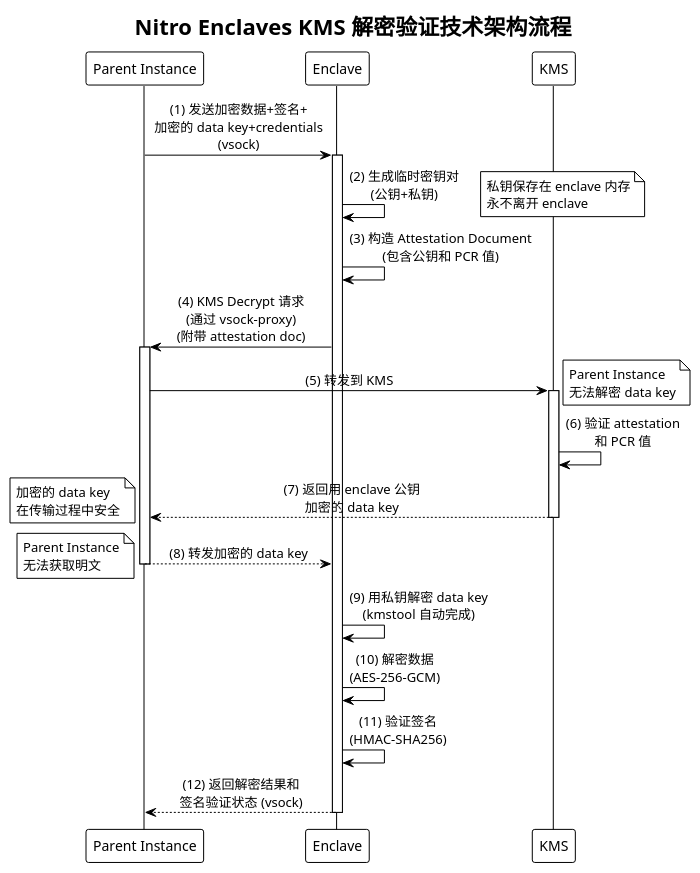
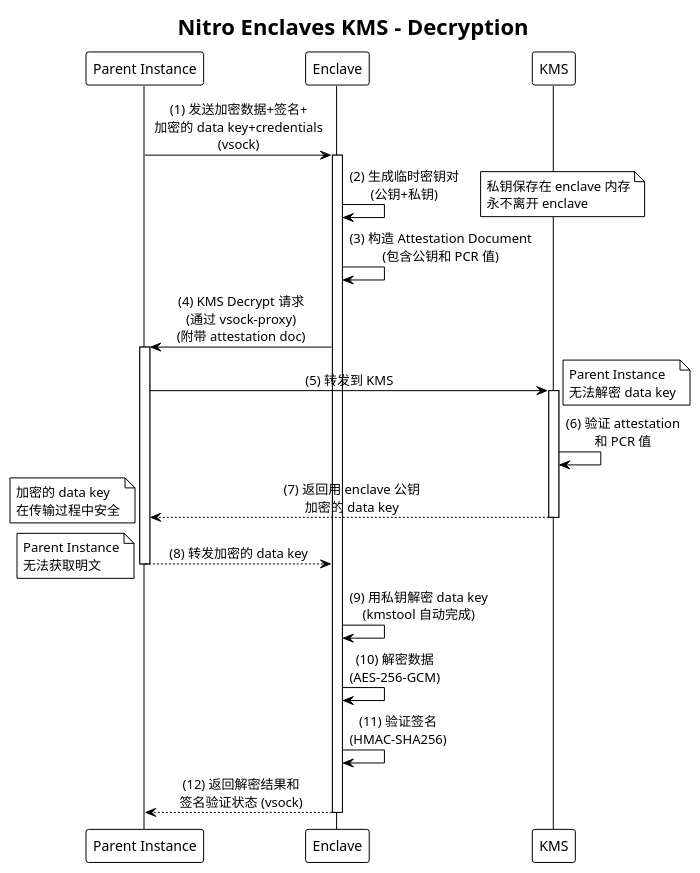
One commit to yilong016/enclave_demo changed the diagram in decrypt-flow.puml. Above: the diagram before and after it, drawn with PlantUML. The commit also changed 3 other files, not shown here.

```diff
--- a/decrypt-flow.puml
+++ b/decrypt-flow.puml
@@ -1,47 +1,47 @@
 @startuml
 !theme plain
 skinparam backgroundColor #FFFFFF
 skinparam sequenceMessageAlign center
 skinparam BoxPadding 10
 
-title Nitro Enclaves KMS 解密验证技术架构流程
+title Nitro Enclaves KMS - Decryption
 
 participant "Parent Instance" as Parent
 participant "Enclave" as Enclave
 participant "KMS" as KMS
 
 Parent -> Enclave: (1) 发送加密数据+签名+\n加密的 data key+credentials\n(vsock)
 activate Enclave
 
 Enclave -> Enclave: (2) 生成临时密钥对\n(公钥+私钥)
 note right: 私钥保存在 enclave 内存\n永不离开 enclave
 
 Enclave -> Enclave: (3) 构造 Attestation Document\n(包含公钥和 PCR 值)
 
 Enclave -> Parent: (4) KMS Decrypt 请求\n(通过 vsock-proxy)\n(附带 attestation doc)
 activate Parent
 
 Parent -> KMS: (5) 转发到 KMS
 activate KMS
 note right: Parent Instance\n无法解密 data key
 
 KMS -> KMS: (6) 验证 attestation\n和 PCR 值
 
 KMS --> Parent: (7) 返回用 enclave 公钥\n加密的 data key
 deactivate KMS
 note left: 加密的 data key\n在传输过程中安全
 
 Parent --> Enclave: (8) 转发加密的 data key
 deactivate Parent
 note left: Parent Instance\n无法获取明文
 
 Enclave -> Enclave: (9) 用私钥解密 data key\n(kmstool 自动完成)
 
 Enclave -> Enclave: (10) 解密数据\n(AES-256-GCM)
 
 Enclave -> Enclave: (11) 验证签名\n(HMAC-SHA256)
 
 Enclave --> Parent: (12) 返回解密结果和\n签名验证状态 (vsock)
 deactivate Enclave
 
 @enduml
```
